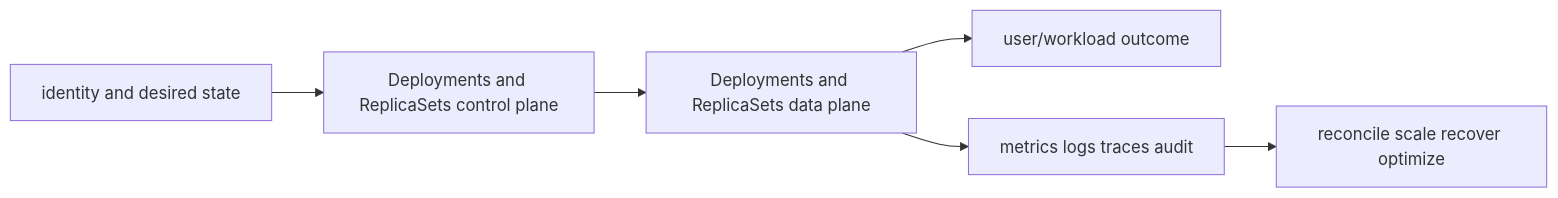
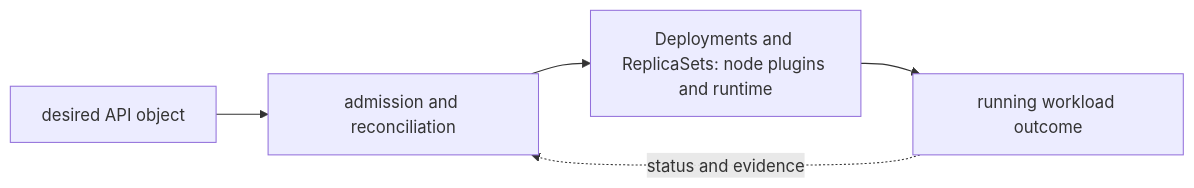
The diagram in 06-kubernetes/02-workloads/02-deployments/README.md (tomkidumbuyo/DevOps-interview-preparation), drawn with Mermaid before and after one commit. The commit also changed other lines of this file and 753 other files, not shown here.

````diff
--- a/06-kubernetes/02-workloads/02-deployments/README.md
+++ b/06-kubernetes/02-workloads/02-deployments/README.md
@@ -19,8 +31,7 @@
 ```mermaid
 flowchart LR
-  I[identity and desired state] --> C[Deployments and ReplicaSets control plane]
-  C --> D[Deployments and ReplicaSets data plane]
-  D --> U[user/workload outcome]
-  D --> O[metrics logs traces audit]
-  O --> R[reconcile scale recover optimize]
+  A["desired API object"] --> B["admission and reconciliation"]
+  B --> C["Deployments and ReplicaSets: node plugins and runtime"]
+  C --> D["running workload outcome"]
+  D -. "status and evidence" .-> B
 ```
````
